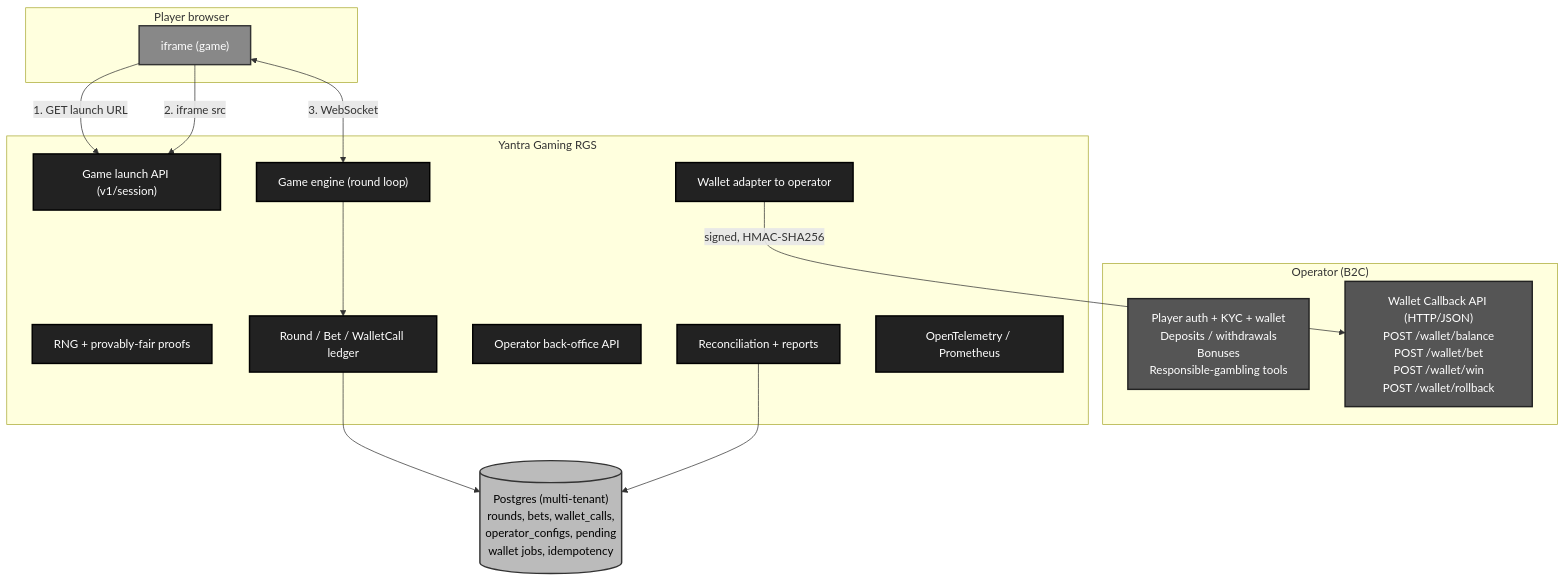
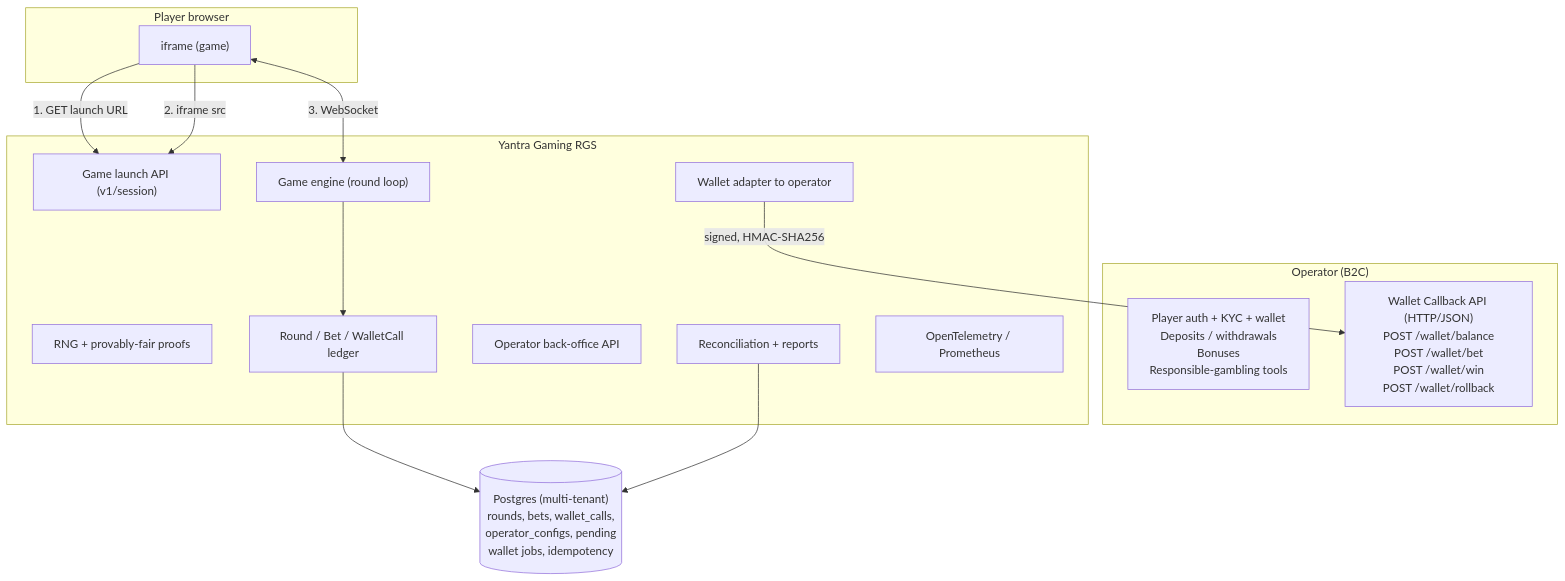
One commit to dinethlive/yantra-gaming changed the first of 2 diagrams in B2B_ROADMAP.md. Above: the diagram before and after it, drawn with Mermaid. The commit also changed 2 other files, not shown here.

Commit message:
docs: drop mermaid classDef overrides, use GitHub native theming
Every mermaid classDef / class override is removed from README.md,
B2B_ROADMAP.md, and docs/architecture.md. GitHub's mermaid renderer
auto-switches between the default theme (light mode) and the dark
theme based on the viewer's preference; any forced fill that worked
on one theme fought the other. Section 7 Game launch flow was
already un-styled and rendered correctly on both, so the same
approach now applies everywhere.

Structure (subgraphs, node shapes, edges) stays intact, only the
visual overrides are gone.

````diff
--- a/B2B_ROADMAP.md
+++ b/B2B_ROADMAP.md
@@ -131,41 +131,32 @@
 ```mermaid
 flowchart TB
     subgraph player["Player browser"]
         iframe["iframe (game)"]
     end
 
     subgraph op["Operator (B2C)"]
         opstack["Player auth + KYC + wallet<br/>Deposits / withdrawals<br/>Bonuses<br/>Responsible-gambling tools"]
         opwallet["Wallet Callback API (HTTP/JSON)<br/>POST /wallet/balance<br/>POST /wallet/bet<br/>POST /wallet/win<br/>POST /wallet/rollback"]
     end
 
     subgraph rgs["Yantra Gaming RGS"]
         api["Game launch API (v1/session)"]
         engine["Game engine (round loop)"]
         adapter["Wallet adapter to operator"]
         rng["RNG + provably-fair proofs"]
         ledger["Round / Bet / WalletCall ledger"]
         admin["Operator back-office API"]
         recon["Reconciliation + reports"]
         otel["OpenTelemetry / Prometheus"]
     end
 
     db[("Postgres (multi-tenant)<br/>rounds, bets, wallet_calls,<br/>operator_configs, pending<br/>wallet jobs, idempotency")]
 
     iframe -- "1. GET launch URL" --> api
     iframe -- "2. iframe src" --> api
     iframe <-- "3. WebSocket" --> engine
     adapter -- "signed, HMAC-SHA256" --> opwallet
     engine --> ledger
     ledger --> db
     recon --> db
-
-    classDef primary fill:#222,stroke:#000,color:#fff,stroke-width:2px;
-    classDef secondary fill:#555,stroke:#222,color:#fff,stroke-width:2px;
-    classDef tertiary fill:#888,stroke:#333,color:#fff,stroke-width:2px;
-    classDef store fill:#bbb,stroke:#333,color:#000,stroke-width:2px;
-    class api,engine,adapter,rng,ledger,admin,recon,otel primary;
-    class opstack,opwallet secondary;
-    class iframe tertiary;
-    class db store;
 ```
````
